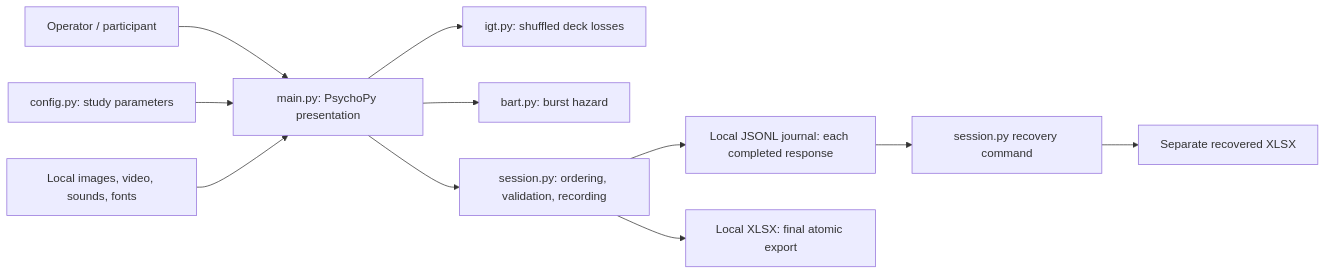
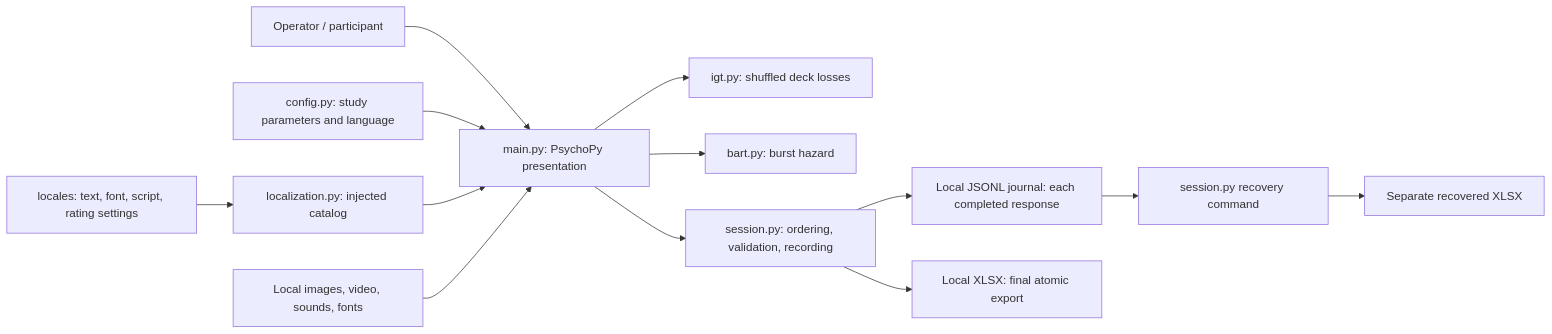
Before and after one commit to Roobahist/bart_igt: the diagram in docs/architecture.md, drawn with Mermaid. The commit also changed other lines of this file and 13 other files, not shown here.

````diff
--- a/docs/architecture.md
+++ b/docs/architecture.md
@@ -6,13 +6,15 @@
 ```mermaid
 flowchart LR
     Operator[Operator / participant] --> Main[main.py: PsychoPy presentation]
-    Config[config.py: study parameters] --> Main
+    Config[config.py: study parameters and language] --> Main
+    Catalogs[locales: text, font, script, rating settings] --> Localization[localization.py: injected catalog]
+    Localization --> Main
     Assets[Local images, video, sounds, fonts] --> Main
     Main --> IGT[igt.py: shuffled deck losses]
     Main --> BART[bart.py: burst hazard]
     Main --> Session[session.py: ordering, validation, recording]
     Session --> Journal[Local JSONL journal: each completed response]
     Session --> Excel[Local XLSX: final atomic export]
     Journal --> Recovery[session.py recovery command]
     Recovery --> Recovered[Separate recovered XLSX]
 ```
````
